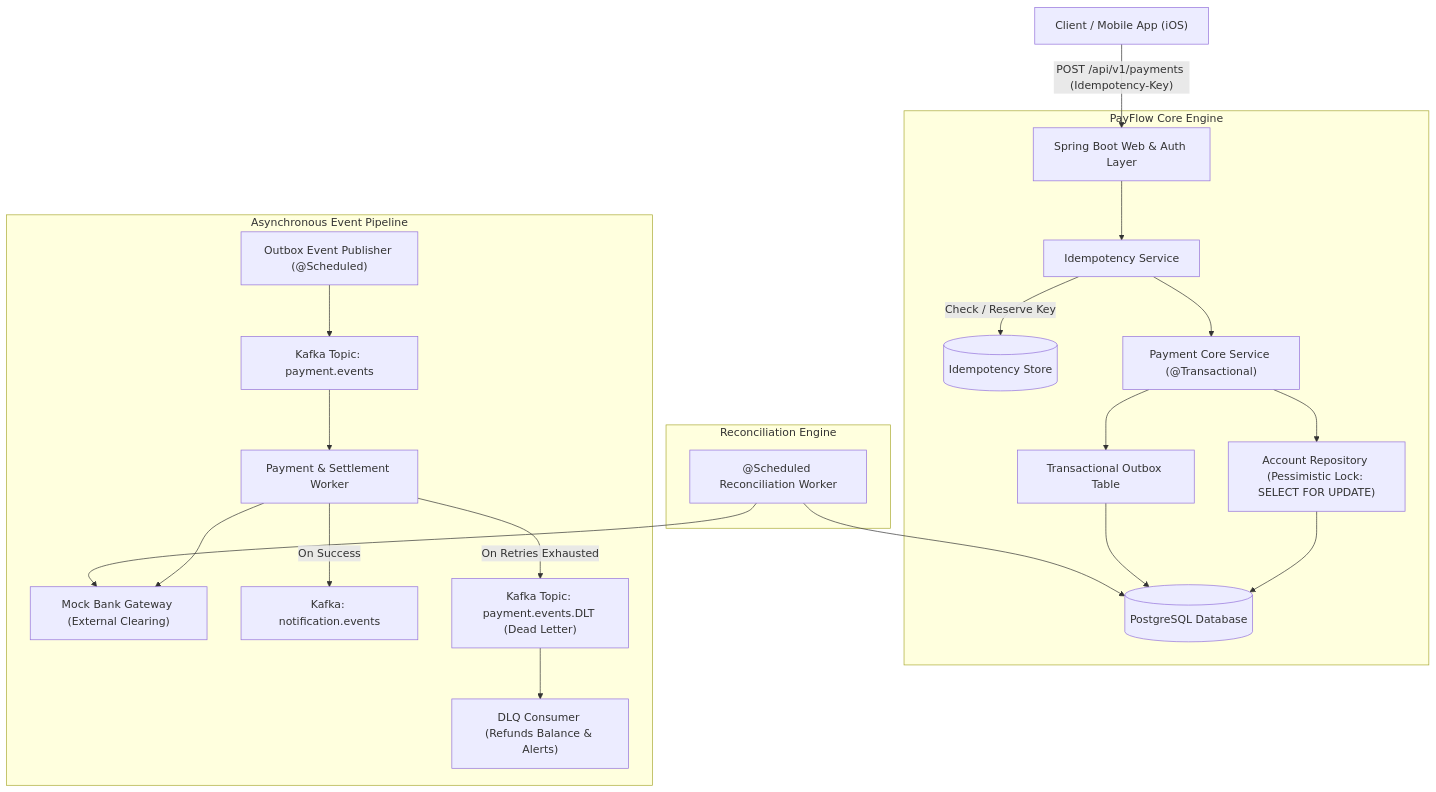
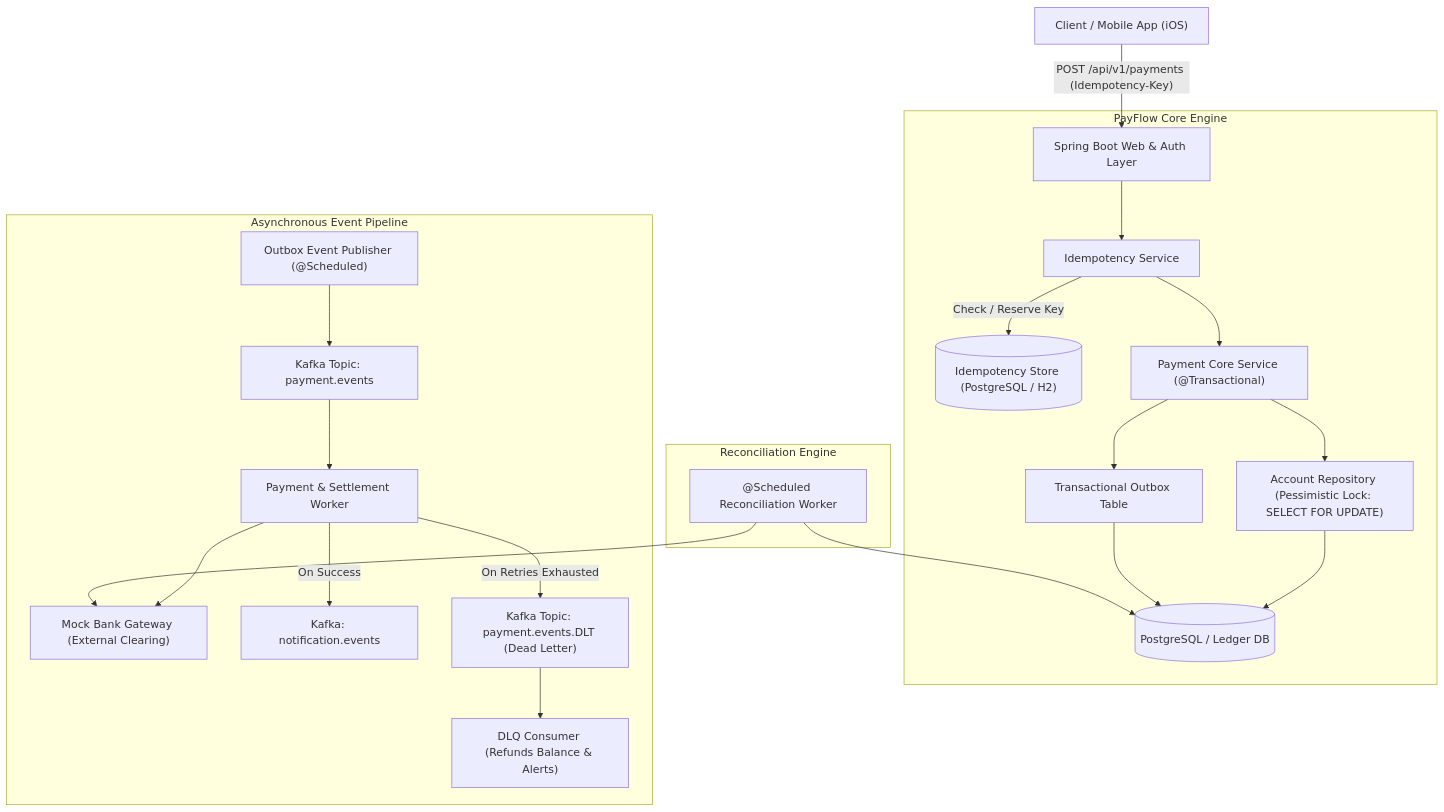
The diagram in README.md (Saatvik3006/payflow), drawn with Mermaid before and after one commit. The commit also changed other lines of this file and 3 other files, not shown here.

````diff
--- a/README.md
+++ b/README.md
@@ -15,29 +23,29 @@
 ```mermaid
 flowchart TD
     Client["Client / Mobile App (iOS)"] -- "POST /api/v1/payments (Idempotency-Key)" --> Gateway["Spring Boot Web & Auth Layer"]
     
     subgraph CoreEngine["PayFlow Core Engine"]
         Gateway --> IdempService["Idempotency Service"]
-        IdempService -- "Check / Reserve Key" --> IdempTable[("Idempotency Store")]
+        IdempService -- "Check / Reserve Key" --> IdempTable[("Idempotency Store (PostgreSQL / H2)")]
         IdempService --> PaymentService["Payment Core Service (@Transactional)"]
         
         PaymentService --> AccountRepo["Account Repository (Pessimistic Lock: SELECT FOR UPDATE)"]
-        AccountRepo --> PostgresDB[("PostgreSQL Database")]
+        AccountRepo --> PostgresDB[("PostgreSQL / Ledger DB")]
         PaymentService --> OutboxRepo["Transactional Outbox Table"]
         OutboxRepo --> PostgresDB
     end
 
     subgraph AsyncPipeline["Asynchronous Event Pipeline"]
         OutboxPublisher["Outbox Event Publisher (@Scheduled)"] --> KafkaTopic["Kafka Topic: payment.events"]
         KafkaTopic --> PaymentConsumer["Payment & Settlement Worker"]
         PaymentConsumer --> MockGateway["Mock Bank Gateway (External Clearing)"]
         PaymentConsumer -- "On Success" --> NotificationTopic["Kafka: notification.events"]
         PaymentConsumer -- "On Retries Exhausted" --> DLQTopic["Kafka Topic: payment.events.DLT (Dead Letter)"]
         DLQTopic --> DLQConsumer["DLQ Consumer (Refunds Balance & Alerts)"]
     end
 
     subgraph Audit["Reconciliation Engine"]
         ReconcileJob["@Scheduled Reconciliation Worker"] --> PostgresDB
         ReconcileJob --> MockGateway
     end
 ```
````
